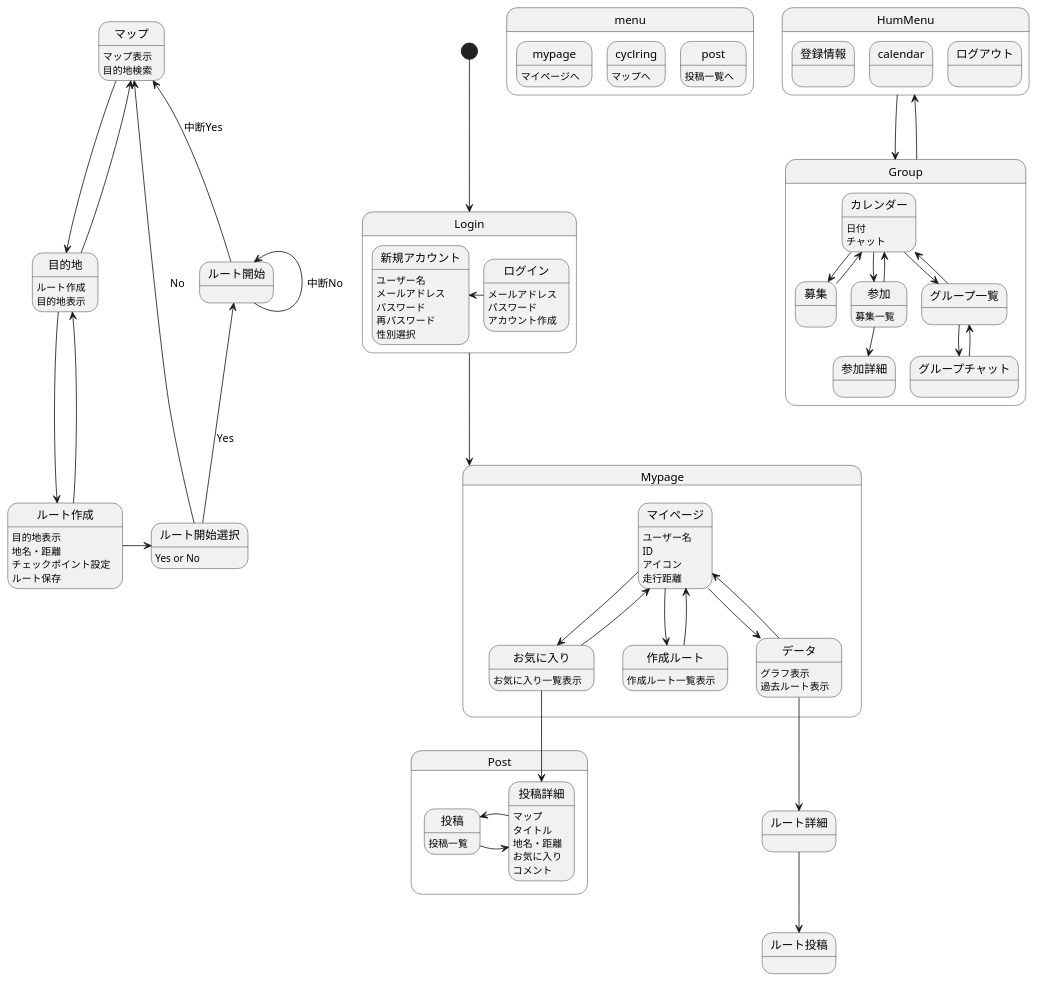
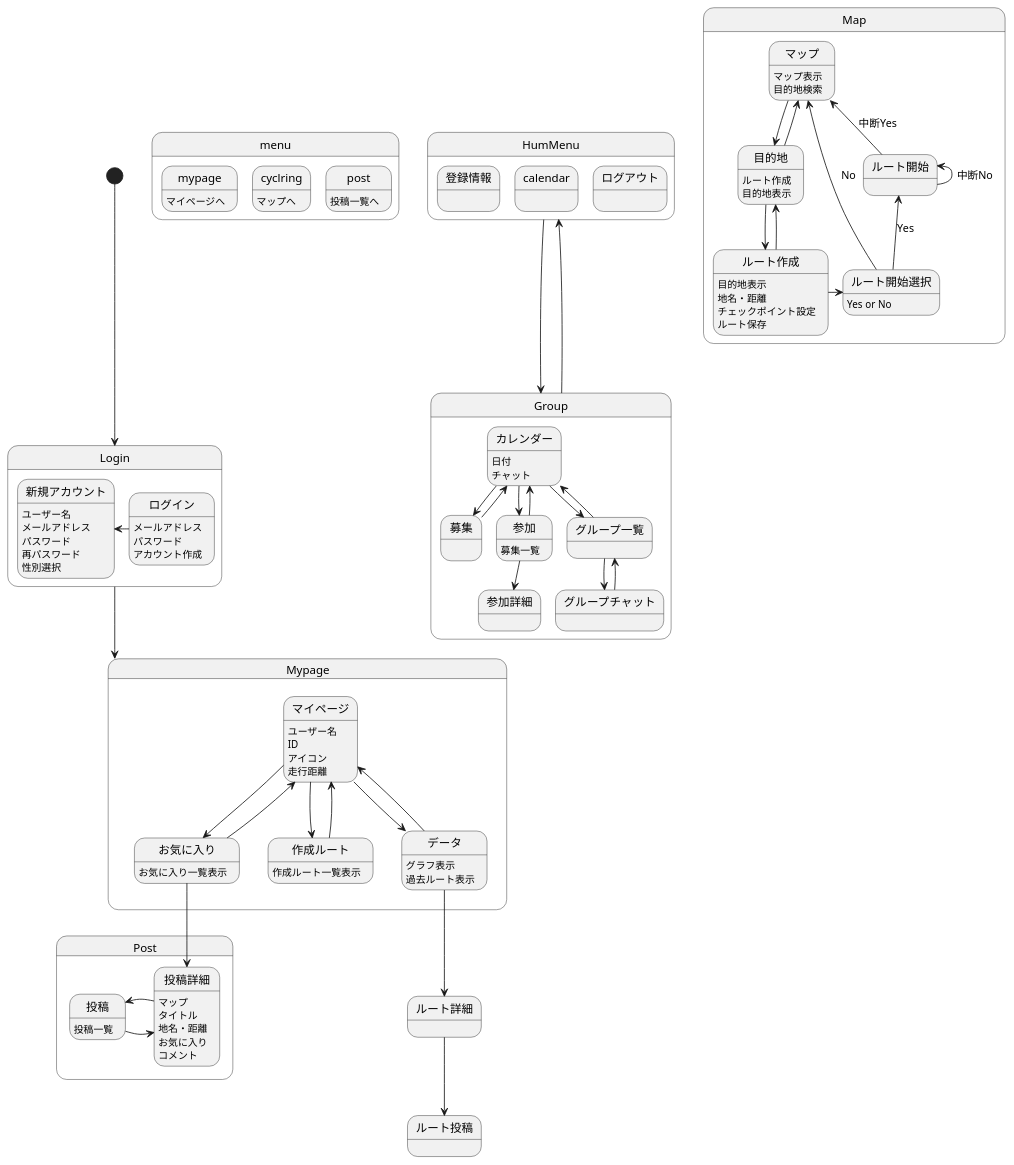
Before and after one commit to AsoSD3A3/CyclingSystem: the diagram in 画面遷移図/gm.md, drawn with PlantUML.

```diff
--- a/画面遷移図/gm.md
+++ b/画面遷移図/gm.md
@@ -68,6 +68,7 @@
 データ-down->ルート詳細
 ルート詳細-down->ルート投稿
 
+state Map{
 マップ:マップ表示
 マップ:目的地検索
 マップ-down->目的地
@@ -86,6 +87,7 @@
 ルート開始選択-up->マップ :No
 ルート開始-up->ルート開始 :中断No
 ルート開始-up->マップ :中断Yes
+}
 
 state Post{
 投稿:投稿一覧
```
